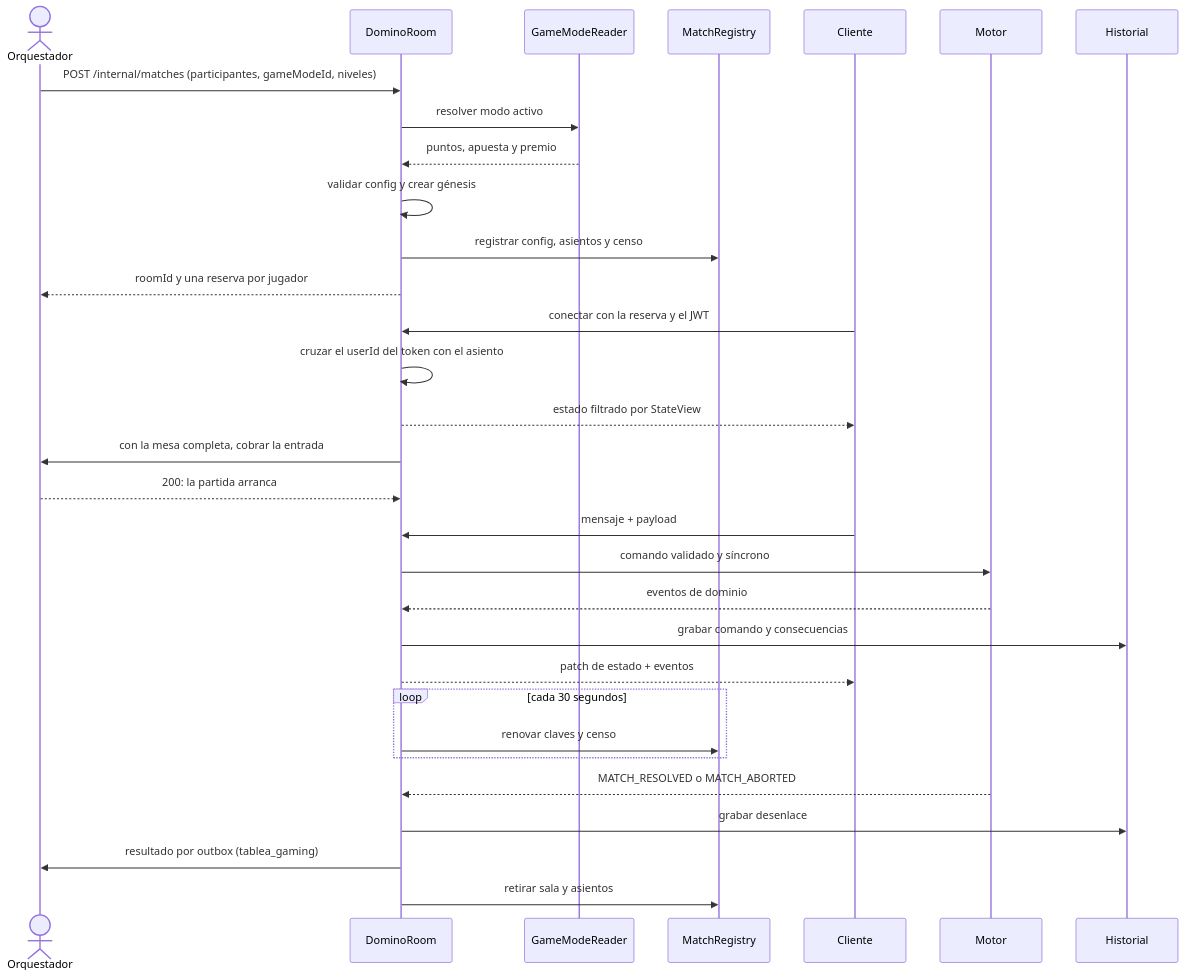
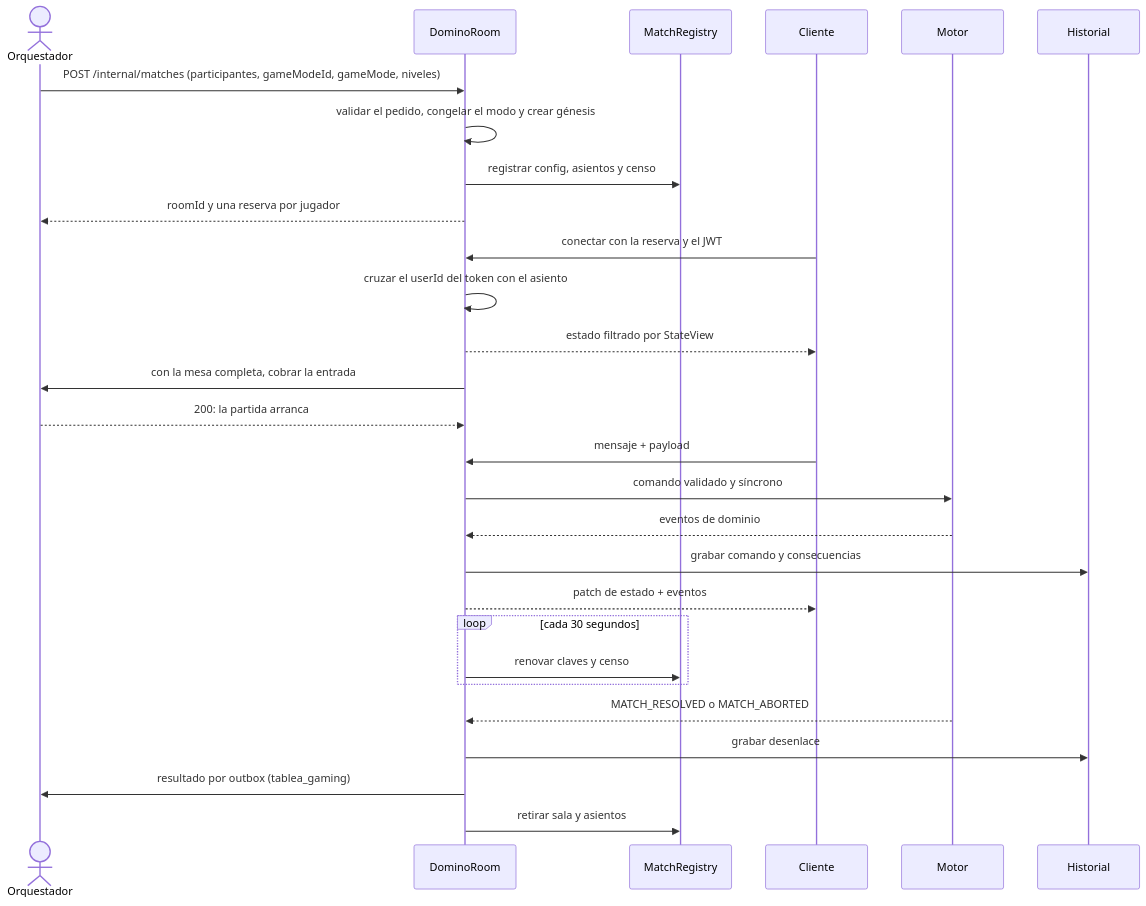
Before and after one commit to Betaso-Team/domino-backend-v2: the second of 5 diagrams in docs/arquitectura.md, drawn with Mermaid. The commit also changed other lines of this file and 6 other files, not shown here.

````diff
--- a/docs/arquitectura.md
+++ b/docs/arquitectura.md
@@ -81,38 +78,35 @@
 ```mermaid
 sequenceDiagram
   actor Orch as Orquestador
   participant Room as DominoRoom
-  participant Modes as GameModeReader
   participant Registry as MatchRegistry
   participant Player as Cliente
   participant Engine as Motor
   participant History as Historial
 
-  Orch->>Room: POST /internal/matches (participantes, gameModeId, niveles)
-  Room->>Modes: resolver modo activo
-  Modes-->>Room: puntos, apuesta y premio
-  Room->>Room: validar config y crear génesis
+  Orch->>Room: POST /internal/matches (participantes, gameModeId, gameMode, niveles)
+  Room->>Room: validar el pedido, congelar el modo y crear génesis
   Room->>Registry: registrar config, asientos y censo
   Room-->>Orch: roomId y una reserva por jugador
 
   Player->>Room: conectar con la reserva y el JWT
   Room->>Room: cruzar el userId del token con el asiento
   Room-->>Player: estado filtrado por StateView
   Room->>Orch: con la mesa completa, cobrar la entrada
   Orch-->>Room: 200: la partida arranca
 
   Player->>Room: mensaje + payload
   Room->>Engine: comando validado y síncrono
   Engine-->>Room: eventos de dominio
   Room->>History: grabar comando y consecuencias
   Room-->>Player: patch de estado + eventos
 
   loop cada 30 segundos
     Room->>Registry: renovar claves y censo
   end
 
   Engine-->>Room: MATCH_RESOLVED o MATCH_ABORTED
   Room->>History: grabar desenlace
   Room->>Orch: resultado por outbox (tablea_gaming)
   Room->>Registry: retirar sala y asientos
 ```
````
